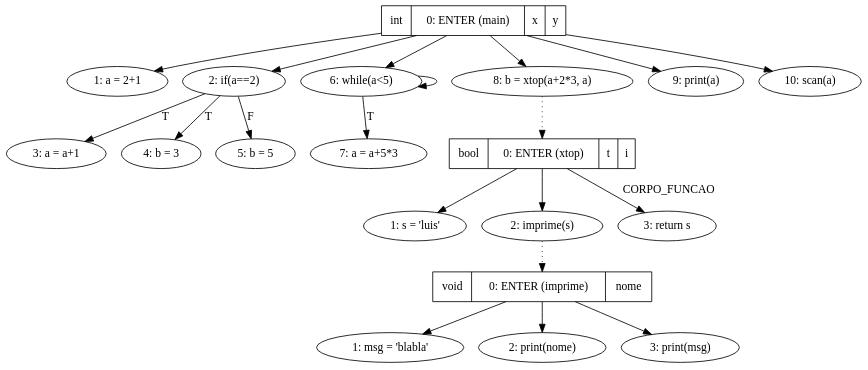
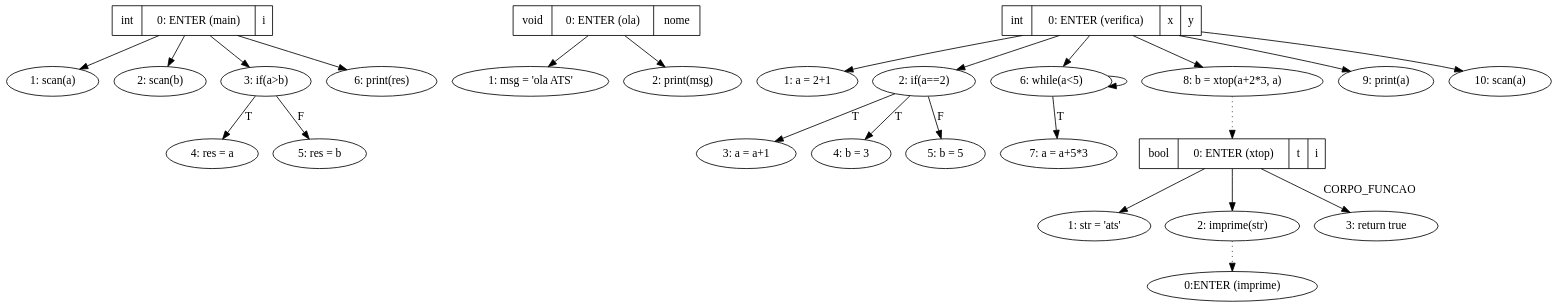
The diagram in Final/lingi/WebSite/Gramatica/output/sdg.gv (MiguelCosta/ATS), drawn with Graphviz before and after one commit. The commit also changed 120 other files, not shown here.

```diff
--- a/Final/lingi/WebSite/Gramatica/output/sdg.gv
+++ b/Final/lingi/WebSite/Gramatica/output/sdg.gv
@@ -1,53 +1,68 @@
 digraph mainmapSDG {
 graph [bgcolor=transparent];
-"0:ENTER (imprime)"[shape=record, label="{{void|0: ENTER (imprime)|nome}}"];
-"1:msg = 'blabla'"[label="1: msg = 'blabla'"];
-"2:print(nome)"[label="2: print(nome)"];
-"3:print(msg)"[label="3: print(msg)"];
+"0:ENTER (main)"[shape=record, label="{{int|0: ENTER (main)|i}}"];
+"1:scan(a)"[label="1: scan(a)"];
+"2:scan(b)"[label="2: scan(b)"];
+"3:if(a>b)"[label="3: if(a>b)"];
+"4:res = a"[label="4: res = a"];
+"5:res = b"[label="5: res = b"];
+"6:print(res)"[label="6: print(res)"];
 
 
-"0:ENTER (imprime)" -> "1:msg = 'blabla'";
-	"0:ENTER (imprime)" -> "2:print(nome)";
-	"0:ENTER (imprime)" -> "3:print(msg)";
+"0:ENTER (main)" -> "1:scan(a)";
+	"0:ENTER (main)" -> "2:scan(b)";
+	"0:ENTER (main)" -> "3:if(a>b)";
+	"0:ENTER (main)" -> "6:print(res)";
+	"3:if(a>b)" -> "4:res = a"[label="T"];
+	"3:if(a>b)" -> "5:res = b"[label="F"];
 	
 
-"0:ENTER (main)"[shape=record, label="{{int|0: ENTER (main)|x|y}}"];
+"0:ENTER (ola)"[shape=record, label="{{void|0: ENTER (ola)|nome}}"];
+"1:msg = 'ola ATS'"[label="1: msg = 'ola ATS'"];
+"2:print(msg)"[label="2: print(msg)"];
+
+
+"0:ENTER (ola)" -> "1:msg = 'ola ATS'";
+	"0:ENTER (ola)" -> "2:print(msg)";
+	
+
+"0:ENTER (verifica)"[shape=record, label="{{int|0: ENTER (verifica)|x|y}}"];
 "1:a = 2+1"[label="1: a = 2+1"];
 "2:if(a==2)"[label="2: if(a==2)"];
 "3:a = a+1"[label="3: a = a+1"];
 "4:b = 3"[label="4: b = 3"];
 "5:b = 5"[label="5: b = 5"];
 "6:while(a<5)"[label="6: while(a<5)"];
 "7:a = a+5*3"[label="7: a = a+5*3"];
 "8:b = xtop(a+2*3, a)"[label="8: b = xtop(a+2*3, a)"];
 "9:print(a)"[label="9: print(a)"];
 "10:scan(a)"[label="10: scan(a)"];
 
 
-"0:ENTER (main)" -> "1:a = 2+1";
-	"0:ENTER (main)" -> "2:if(a==2)";
-	"0:ENTER (main)" -> "6:while(a<5)";
-	"0:ENTER (main)" -> "8:b = xtop(a+2*3, a)";
-	"0:ENTER (main)" -> "9:print(a)";
-	"0:ENTER (main)" -> "10:scan(a)";
+"0:ENTER (verifica)" -> "1:a = 2+1";
+	"0:ENTER (verifica)" -> "2:if(a==2)";
+	"0:ENTER (verifica)" -> "6:while(a<5)";
+	"0:ENTER (verifica)" -> "8:b = xtop(a+2*3, a)";
+	"0:ENTER (verifica)" -> "9:print(a)";
+	"0:ENTER (verifica)" -> "10:scan(a)";
 	"2:if(a==2)" -> "3:a = a+1"[label="T"];
 	"2:if(a==2)" -> "4:b = 3"[label="T"];
 	"2:if(a==2)" -> "5:b = 5"[label="F"];
 	"6:while(a<5)" -> "6:while(a<5)";
 	"6:while(a<5)" -> "7:a = a+5*3"[label="T"];
 	
 
 "8:b = xtop(a+2*3, a)" -> "0:ENTER (xtop)" [style=dotted];
 	"0:ENTER (xtop)"[shape=record, label="{{bool|0: ENTER (xtop)|t|i}}"];
-"1:s = 'luis'"[label="1: s = 'luis'"];
-"2:imprime(s)"[label="2: imprime(s)"];
-"3:return s"[label="3: return s"];
+"1:str = 'ats'"[label="1: str = 'ats'"];
+"2:imprime(str)"[label="2: imprime(str)"];
+"3:return true"[label="3: return true"];
 
 
-"0:ENTER (xtop)" -> "1:s = 'luis'";
-	"0:ENTER (xtop)" -> "2:imprime(s)";
-	"0:ENTER (xtop)" -> "3:return s"[label="CORPO_FUNCAO"];
+"0:ENTER (xtop)" -> "1:str = 'ats'";
+	"0:ENTER (xtop)" -> "2:imprime(str)";
+	"0:ENTER (xtop)" -> "3:return true"[label="CORPO_FUNCAO"];
 	
 
-"2:imprime(s)" -> "0:ENTER (imprime)" [style=dotted];
+"2:imprime(str)" -> "0:ENTER (imprime)" [style=dotted];
 	}
```
